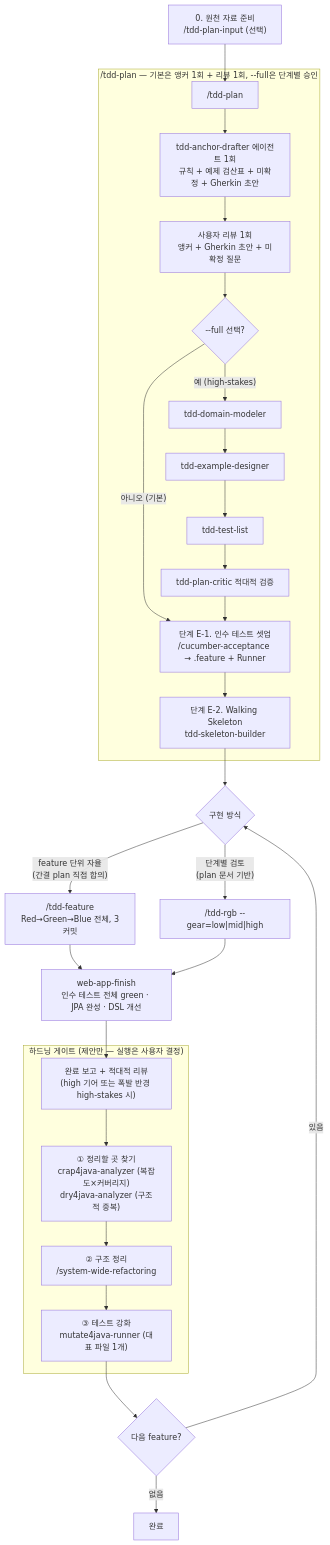
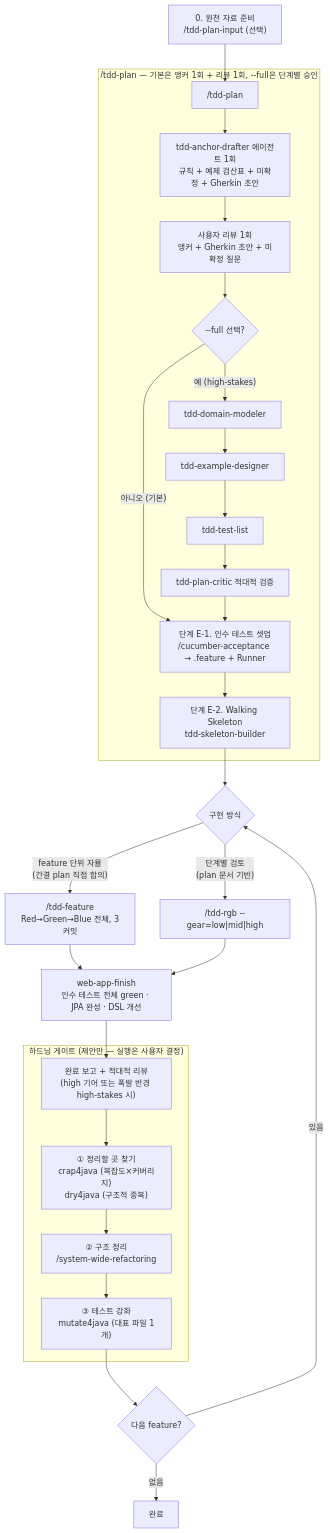
Before and after one commit to msbaek/msbaek-claude-plugins: the diagram in README.md, drawn with Mermaid. The commit also changed other lines of this file and 4 other files, not shown here.

````diff
--- a/README.md
+++ b/README.md
@@ -348,30 +350,30 @@
 ```mermaid
 flowchart TD
     A["0. 원천 자료 준비<br>/tdd-plan-input (선택)"] --> B["/tdd-plan"]
     subgraph PLAN["/tdd-plan — 기본은 앵커 1회 + 리뷰 1회, --full은 단계별 승인"]
         B --> C["tdd-anchor-drafter 에이전트 1회<br>규칙 + 예제 검산표 + 미확정 + Gherkin 초안"]
         C --> D["사용자 리뷰 1회<br>앵커 + Gherkin 초안 + 미확정 질문"]
         D --> FULL{"--full 선택?"}
         FULL -->|"아니오 (기본)"| G["단계 E-1. 인수 테스트 셋업<br>/cucumber-acceptance → .feature + Runner"]
         FULL -->|"예 (high-stakes)"| C1["tdd-domain-modeler"]
         C1 --> C2["tdd-example-designer"]
         C2 --> C3["tdd-test-list"]
         C3 --> C4["tdd-plan-critic 적대적 검증"]
         C4 --> G
         G --> H["단계 E-2. Walking Skeleton<br>tdd-skeleton-builder"]
     end
     H --> I{"구현 방식"}
     I -->|"feature 단위 자율<br>(간결 plan 직접 합의)"| J["/tdd-feature<br>Red→Green→Blue 전체, 3커밋"]
     I -->|"단계별 검토<br>(plan 문서 기반)"| K["/tdd-rgb --gear=low|mid|high"]
     J --> M["web-app-finish<br>인수 테스트 전체 green · JPA 완성 · DSL 개선"]
     K --> M
     M --> R["완료 보고 + 적대적 리뷰<br>(high 기어 또는 폭발 반경 high-stakes 시)"]
     subgraph HG["하드닝 게이트 (제안만 — 실행은 사용자 결정)"]
-        R --> S["① 정리할 곳 찾기<br>crap4java-analyzer (복잡도×커버리지)<br>dry4java-analyzer (구조적 중복)"]
+        R --> S["① 정리할 곳 찾기<br>crap4java (복잡도×커버리지)<br>dry4java (구조적 중복)"]
         S --> T["② 구조 정리<br>/system-wide-refactoring"]
-        T --> U["③ 테스트 강화<br>mutate4java-runner (대표 파일 1개)"]
+        T --> U["③ 테스트 강화<br>mutate4java (대표 파일 1개)"]
     end
     U --> L{"다음 feature?"}
     L -->|있음| I
     L -->|없음| Z["완료"]
 ```
````
